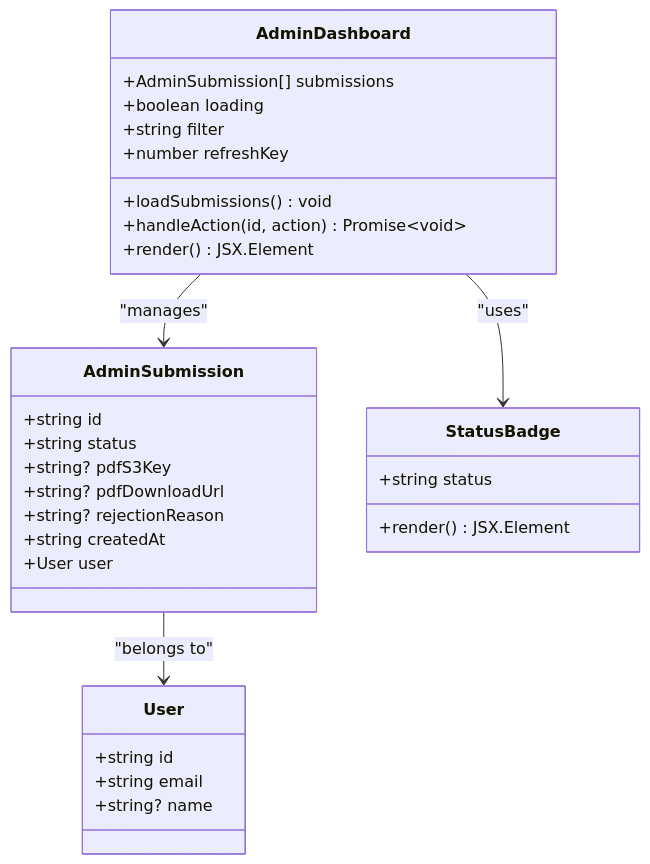
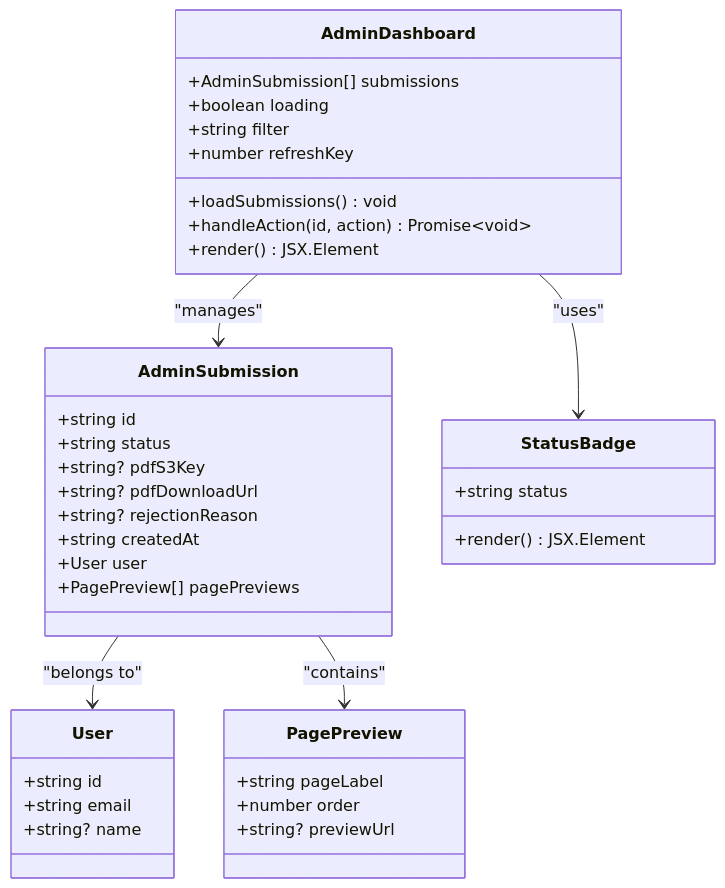
One commit to Crowdspender/titchybooks-app changed the third of 7 diagrams in .qoder/repowiki/en/content/Administrative Features/Admin Dashboard Interface.md. Above: the diagram before and after it, drawn with Mermaid. The commit also changed other lines of this file and 74 other files, not shown here.

````diff
--- a/.qoder/repowiki/en/content/Administrative Features/Admin Dashboard Interface.md
+++ b/.qoder/repowiki/en/content/Administrative Features/Admin Dashboard Interface.md
@@ -138,33 +171,40 @@
 ```mermaid
 classDiagram
 class AdminDashboard {
 +AdminSubmission[] submissions
 +boolean loading
 +string filter
 +number refreshKey
 +loadSubmissions() void
 +handleAction(id, action) Promise~void~
 +render() JSX.Element
 }
 class AdminSubmission {
 +string id
 +string status
 +string? pdfS3Key
 +string? pdfDownloadUrl
 +string? rejectionReason
 +string createdAt
 +User user
++PagePreview[] pagePreviews
 }
 class User {
 +string id
 +string email
 +string? name
+}
+class PagePreview {
++string pageLabel
++number order
++string? previewUrl
 }
 class StatusBadge {
 +string status
 +render() JSX.Element
 }
 AdminDashboard --> AdminSubmission : "manages"
 AdminSubmission --> User : "belongs to"
+AdminSubmission --> PagePreview : "contains"
 AdminDashboard --> StatusBadge : "uses"
 ```
````
